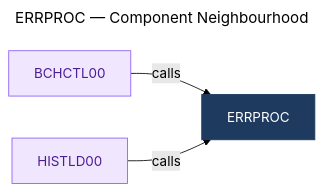
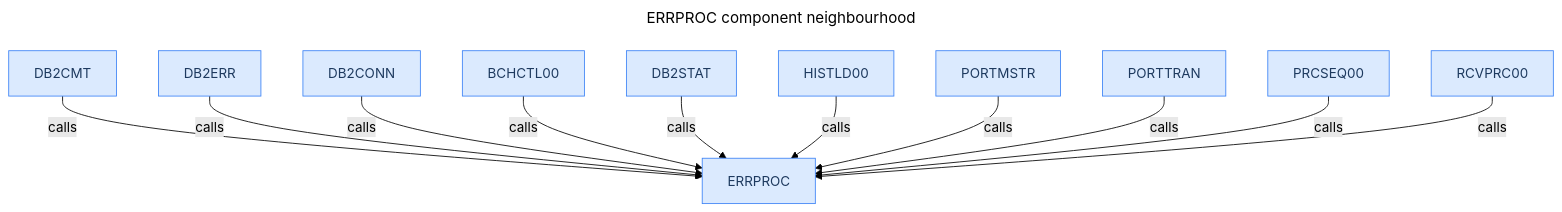
Before and after one commit to Udaradg/legacy-modernization-harness: the seventh of 8 diagrams in output/final_report/brd.md, drawn with Mermaid (forest theme). The commit also changed other lines of this file and 202 other files, not shown here.

````diff
--- a/output/final_report/brd.md
+++ b/output/final_report/brd.md
@@ -693,19 +1168,31 @@
 ```mermaid
 ---
-title: ERRPROC — Component Neighbourhood
+title: ERRPROC component neighbourhood
 ---
-flowchart LR
-  %% Generated by 6_diagram agent — component-mapper skill
+flowchart TD
+  classDef batch   fill:#dbeafe,stroke:#3b82f6,color:#1e3a5f
+  classDef online  fill:#d1fae5,stroke:#10b981,color:#064e3b
 
-  classDef batch    fill:#dbeafe,stroke:#3b82f6,color:#1e3a5f
-  classDef online   fill:#d1fae5,stroke:#10b981,color:#064e3b
-  classDef common   fill:#f0e7ff,stroke:#8b5cf6,color:#4c1d95
-  classDef focal    fill:#1e3a5f,stroke:#1e3a5f,color:#ffffff
+  ERRPROC[ERRPROC]:::batch
+  DB2CMT[DB2CMT]:::batch
+  DB2ERR[DB2ERR]:::batch
+  DB2CONN[DB2CONN]:::batch
+  BCHCTL00[BCHCTL00]:::batch
+  DB2STAT[DB2STAT]:::batch
+  HISTLD00[HISTLD00]:::batch
+  PORTMSTR[PORTMSTR]:::batch
+  PORTTRAN[PORTTRAN]:::batch
+  PRCSEQ00[PRCSEQ00]:::batch
+  RCVPRC00[RCVPRC00]:::batch
 
-  ERRPROC["ERRPROC"]:::focal
-  BCHCTL00["BCHCTL00"]:::common
-  HISTLD00["HISTLD00"]:::common
-
+  DB2CMT -->|calls| ERRPROC
+  DB2ERR -->|calls| ERRPROC
+  DB2CONN -->|calls| ERRPROC
   BCHCTL00 -->|calls| ERRPROC
+  DB2STAT -->|calls| ERRPROC
   HISTLD00 -->|calls| ERRPROC
+  PORTMSTR -->|calls| ERRPROC
+  PORTTRAN -->|calls| ERRPROC
+  PRCSEQ00 -->|calls| ERRPROC
+  RCVPRC00 -->|calls| ERRPROC
 ```
````
